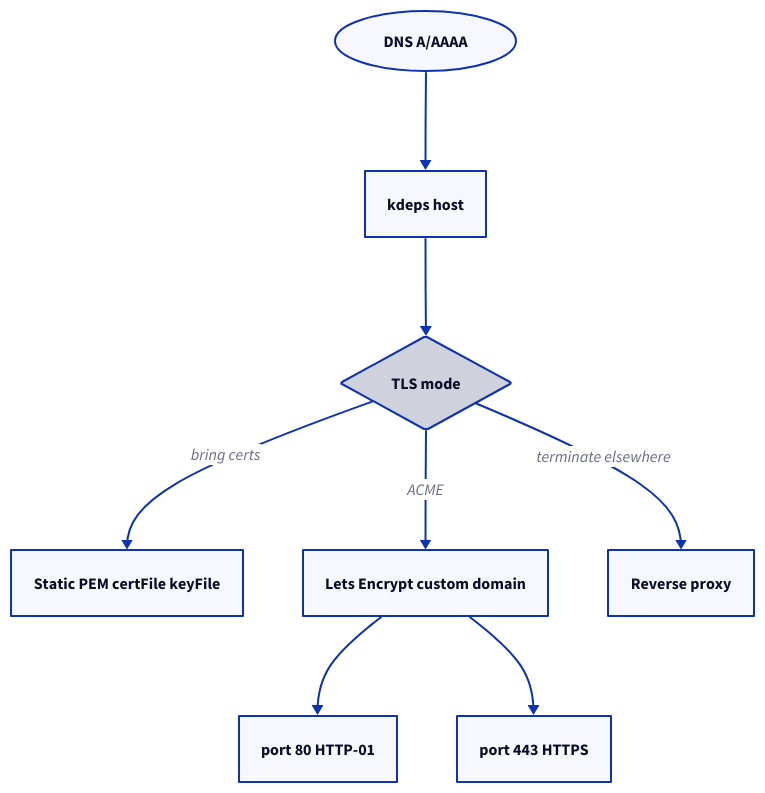
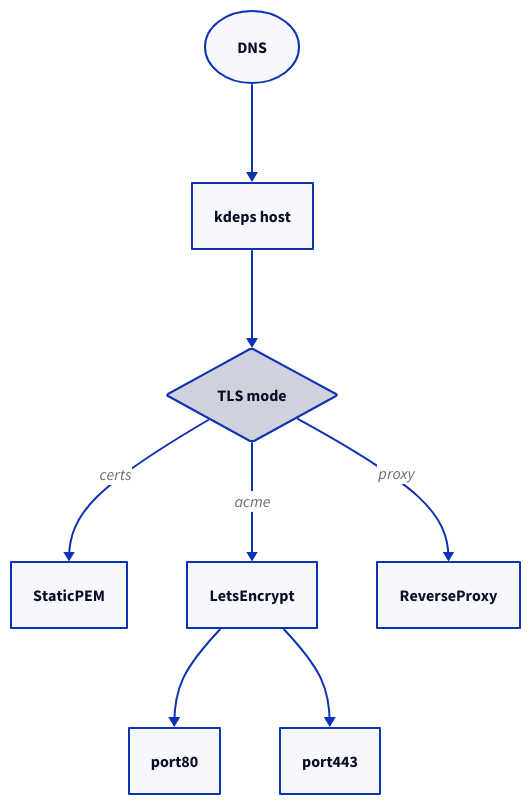
The diagram in docs/v2/deployment/tls-https.md (kdeps/kdeps), drawn with D2 before and after one commit. The commit also changed 1 other file, not shown here.

Commit message:
docs: repair D2 graphs to webserver-style letter IDs
Use simple A-H node IDs and short edge labels so vitepress-plugin-d2
(ELK) renders llm-server and tls-https diagrams without broken edges.

Claude-Session: grok-019faca7-6c79-76f1-854b-c3c298881aff

````diff
--- a/docs/v2/deployment/tls-https.md
+++ b/docs/v2/deployment/tls-https.md
@@ -12,20 +12,20 @@
 ```d2
 direction: down
 
-dns: "DNS A/AAAA" {shape: oval}
-host: "kdeps host" {shape: rectangle}
-mode: "TLS mode" {shape: diamond}
-pem: "Static PEM certFile keyFile" {shape: rectangle}
-le: "Lets Encrypt custom domain" {shape: rectangle}
-proxy: "Reverse proxy" {shape: rectangle}
-p80: "port 80 HTTP-01" {shape: rectangle}
-p443: "port 443 HTTPS" {shape: rectangle}
+A: DNS {shape: oval}
+B: "kdeps host" {shape: rectangle}
+C: "TLS mode" {shape: diamond}
+D: StaticPEM {shape: rectangle}
+E: LetsEncrypt {shape: rectangle}
+F: ReverseProxy {shape: rectangle}
+G: port80 {shape: rectangle}
+H: port443 {shape: rectangle}
 
-dns -> host
-host -> mode
-mode -> pem: "bring certs"
-mode -> le: "ACME"
-mode -> proxy: "terminate elsewhere"
-le -> p80
-le -> p443
+A -> B
+B -> C
+C -> D: certs
+C -> E: acme
+C -> F: proxy
+E -> G
+E -> H
 ```
````
